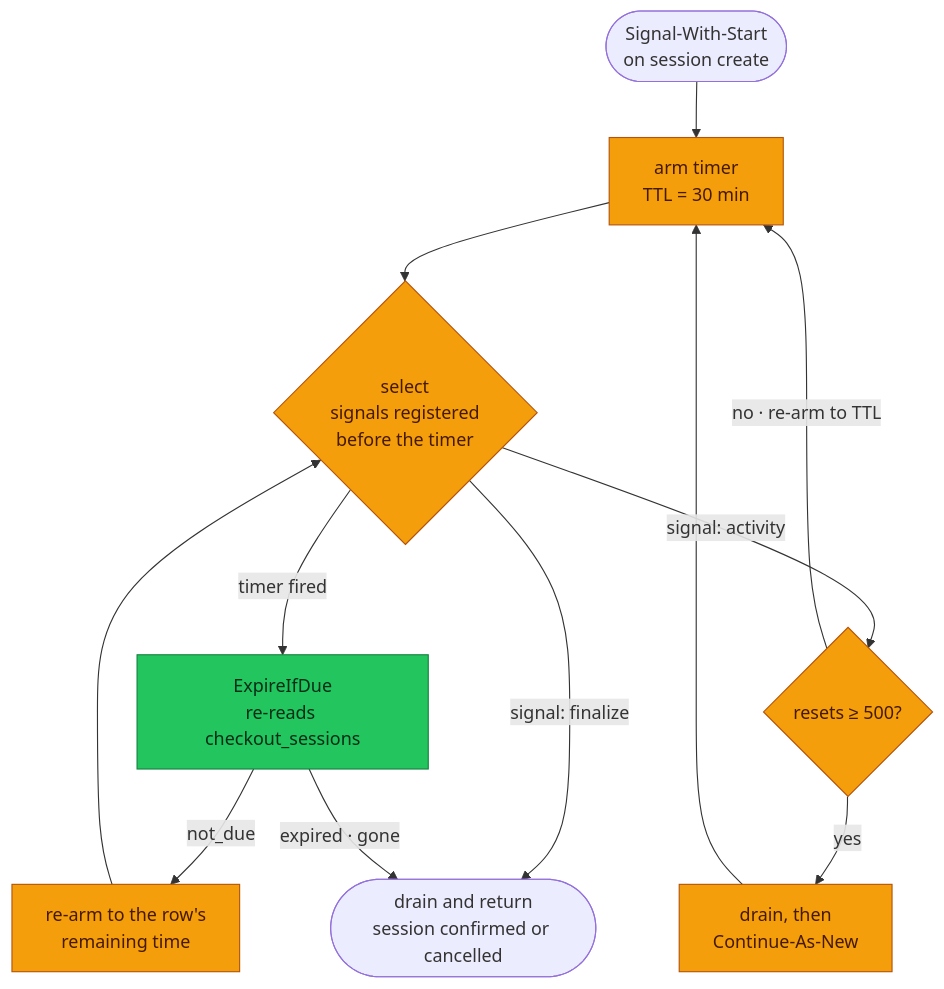
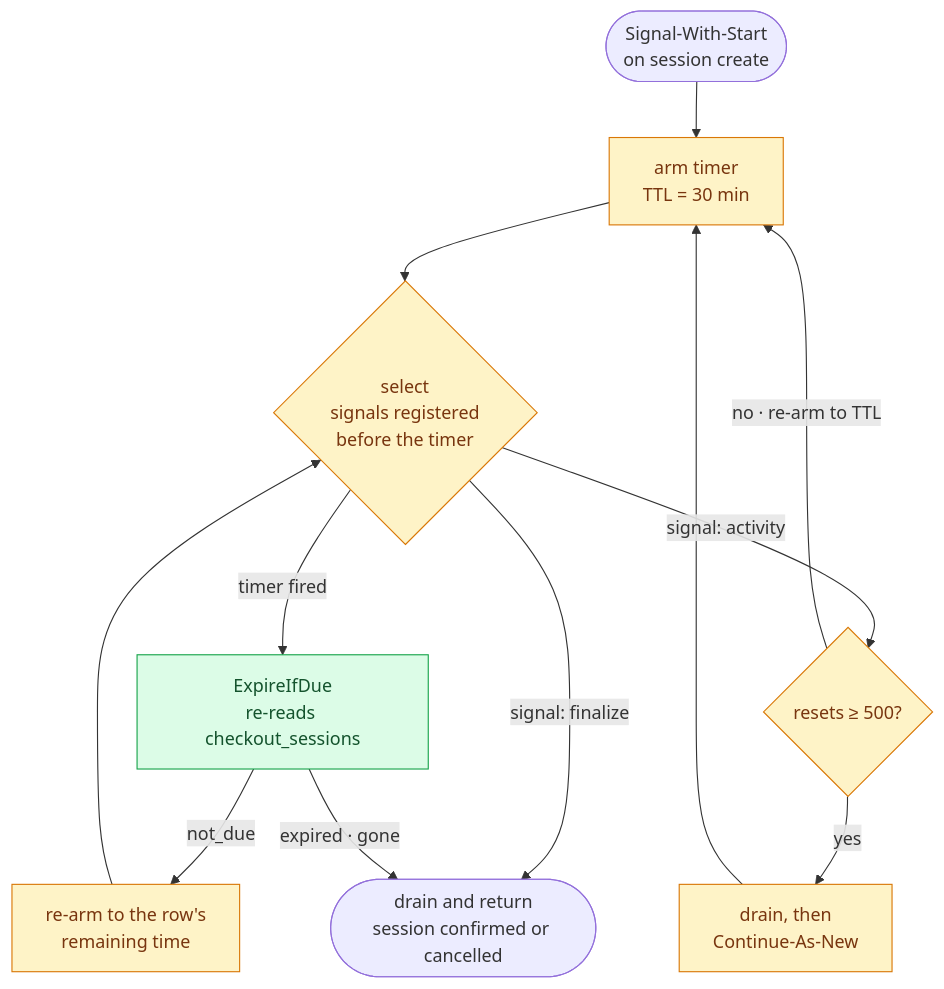
Before and after one commit to duynhlab/homelab: diagram 15 of 20 in docs/api/temporal.md, drawn with Mermaid. The commit also changed other lines of this file and 174 other files, not shown here.

First line of the commit message:
Soft-tint diagram palette, a signal-flow diagram, a Linux-ready Draw.io skill

````diff
--- a/docs/api/temporal.md
+++ b/docs/api/temporal.md
@@ -760,19 +760,19 @@
 ```mermaid
 flowchart TD
     Start(["Signal-With-Start<br/>on session create"]) --> Arm["arm timer<br/>TTL = 30 min"]
     Arm --> Sel{"select<br/>signals registered<br/>before the timer"}
     Sel -->|"signal: activity"| Reset{"resets ≥ 500?"}
     Reset -->|"no · re-arm to TTL"| Arm
     Reset -->|"yes"| CAN["drain, then<br/>Continue-As-New"]
     CAN --> Arm
     Sel -->|"timer fired"| Act["ExpireIfDue<br/>re-reads checkout_sessions"]
     Act -->|"not_due"| ReArm["re-arm to the row's<br/>remaining time"]
     ReArm --> Sel
     Sel -->|"signal: finalize"| Done(["drain and return<br/>session confirmed or cancelled"])
     Act -->|"expired · gone"| Done
 
-    classDef worker fill:#f59e0b,color:#451a03,stroke:#b45309;
-    classDef data fill:#22c55e,color:#052e16,stroke:#15803d;
+    classDef worker fill:#fef3c7,color:#78350f,stroke:#d97706;
+    classDef data fill:#dcfce7,color:#14532d,stroke:#16a34a;
     class Arm,Sel,Reset,CAN,ReArm worker;
     class Act data;
 ```
````
